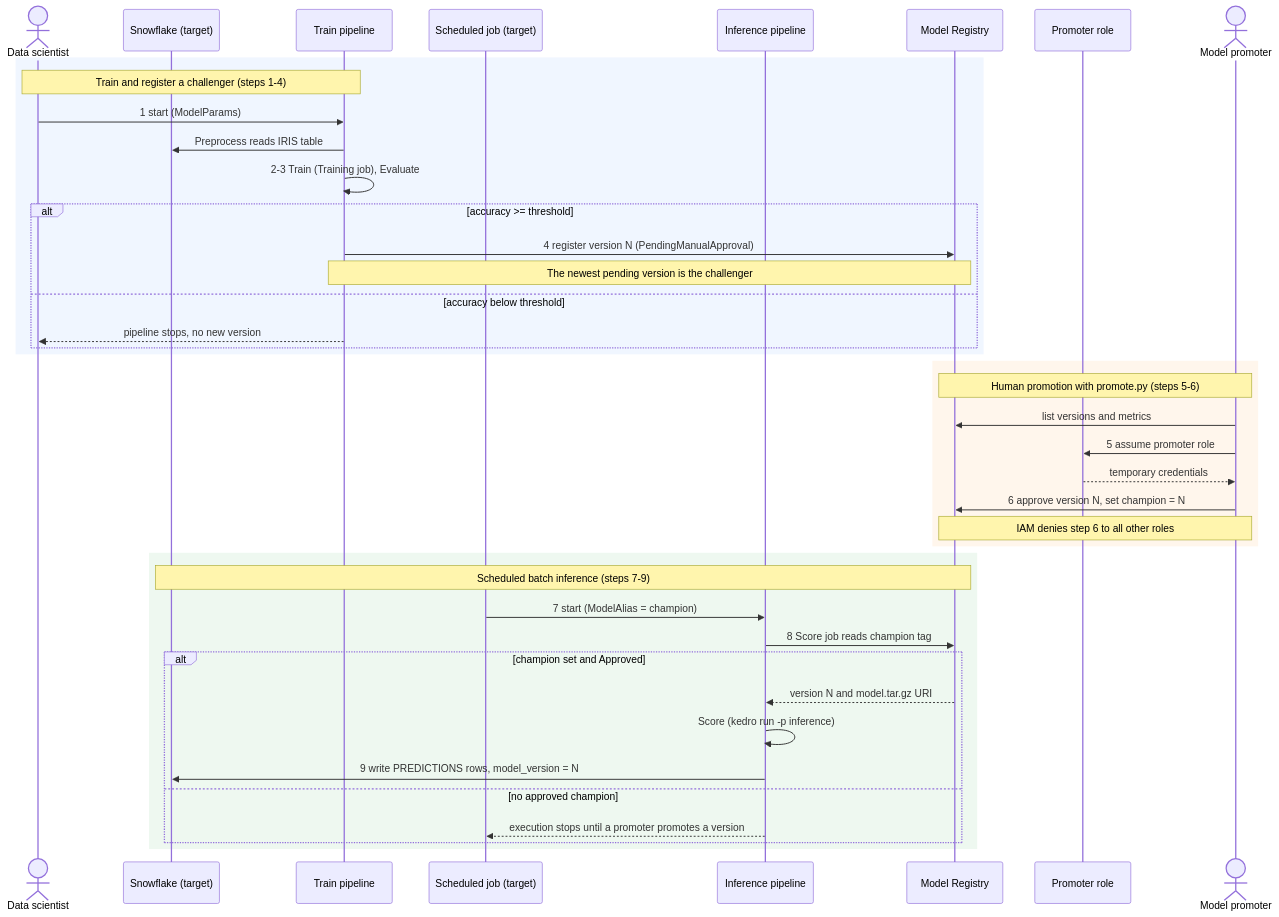
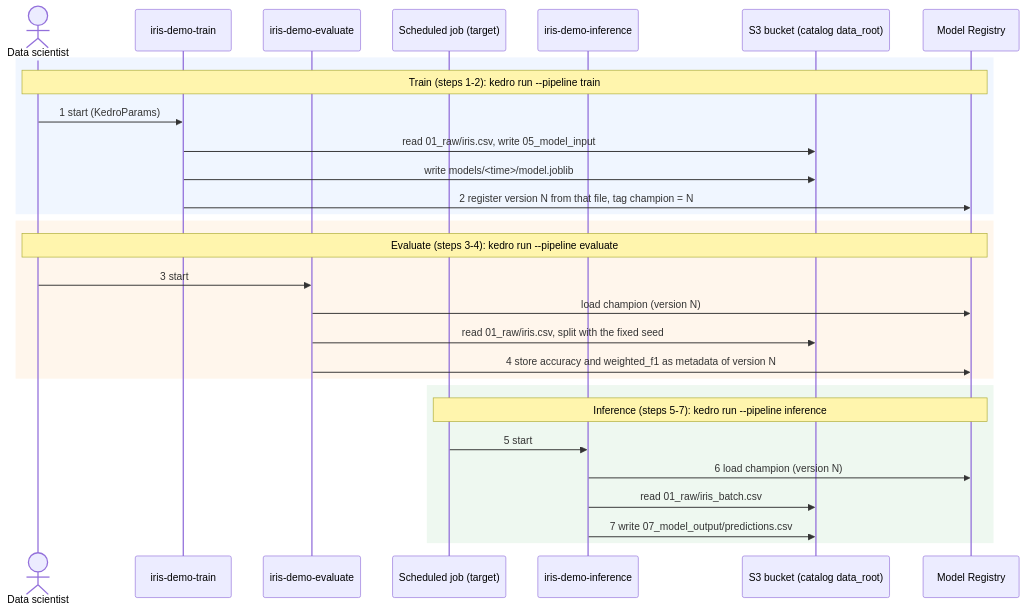
Before and after one commit to aniryou/sagemaker-demo: the diagram in README.md, drawn with Mermaid. The commit also changed other lines of this file and 9 other files, not shown here.

First line of the commit message:
Rewrite the README and the architecture diagram for the three-pipeline design; add kedro viz screenshots

````diff
--- a/README.md
+++ b/README.md
@@ -30,46 +31,34 @@
 ```mermaid
 sequenceDiagram
     actor DS as Data scientist
-    participant SF as Snowflake (target)
-    participant TP as Train pipeline
+    participant TP as iris-demo-train
+    participant EP as iris-demo-evaluate
     participant SCH as Scheduled job (target)
-    participant IP as Inference pipeline
+    participant IP as iris-demo-inference
+    participant S3 as S3 bucket (catalog data_root)
     participant REG as Model Registry
-    participant IAM as Promoter role
-    actor PR as Model promoter
 
     rect rgb(240, 246, 255)
-    Note over DS,TP: Train and register a challenger (steps 1-4)
-    DS->>TP: 1 start (ModelParams)
-    TP->>SF: Preprocess reads IRIS table
-    TP->>TP: 2-3 Train (Training job), Evaluate
-    alt accuracy >= threshold
-        TP->>REG: 4 register version N (PendingManualApproval)
-        Note over TP,REG: The newest pending version is the challenger
-    else accuracy below threshold
-        TP-->>DS: pipeline stops, no new version
-    end
+    Note over DS,REG: Train (steps 1-2): kedro run --pipeline train
+    DS->>TP: 1 start (KedroParams)
+    TP->>S3: read 01_raw/iris.csv, write 05_model_input
+    TP->>S3: write models/<time>/model.joblib
+    TP->>REG: 2 register version N from that file, tag champion = N
     end
 
     rect rgb(255, 246, 236)
-    Note over REG,PR: Human promotion with promote.py (steps 5-6)
-    PR->>REG: list versions and metrics
-    PR->>IAM: 5 assume promoter role
-    IAM-->>PR: temporary credentials
-    PR->>REG: 6 approve version N, set champion = N
-    Note over REG,PR: IAM denies step 6 to all other roles
+    Note over DS,REG: Evaluate (steps 3-4): kedro run --pipeline evaluate
+    DS->>EP: 3 start
+    EP->>REG: load champion (version N)
+    EP->>S3: read 01_raw/iris.csv, split with the fixed seed
+    EP->>REG: 4 store accuracy and weighted_f1 as metadata of version N
     end
 
     rect rgb(238, 248, 240)
-    Note over SF,REG: Scheduled batch inference (steps 7-9)
-    SCH->>IP: 7 start (ModelAlias = champion)
-    IP->>REG: 8 Score job reads champion tag
-    alt champion set and Approved
-        REG-->>IP: version N and model.tar.gz URI
-        IP->>IP: Score (kedro run -p inference)
-        IP->>SF: 9 write PREDICTIONS rows, model_version = N
-    else no approved champion
-        IP-->>SCH: execution stops until a promoter promotes a version
-    end
+    Note over SCH,REG: Inference (steps 5-7): kedro run --pipeline inference
+    SCH->>IP: 5 start
+    IP->>REG: 6 load champion (version N)
+    IP->>S3: read 01_raw/iris_batch.csv
+    IP->>S3: 7 write 07_model_output/predictions.csv
     end
 ```
````
